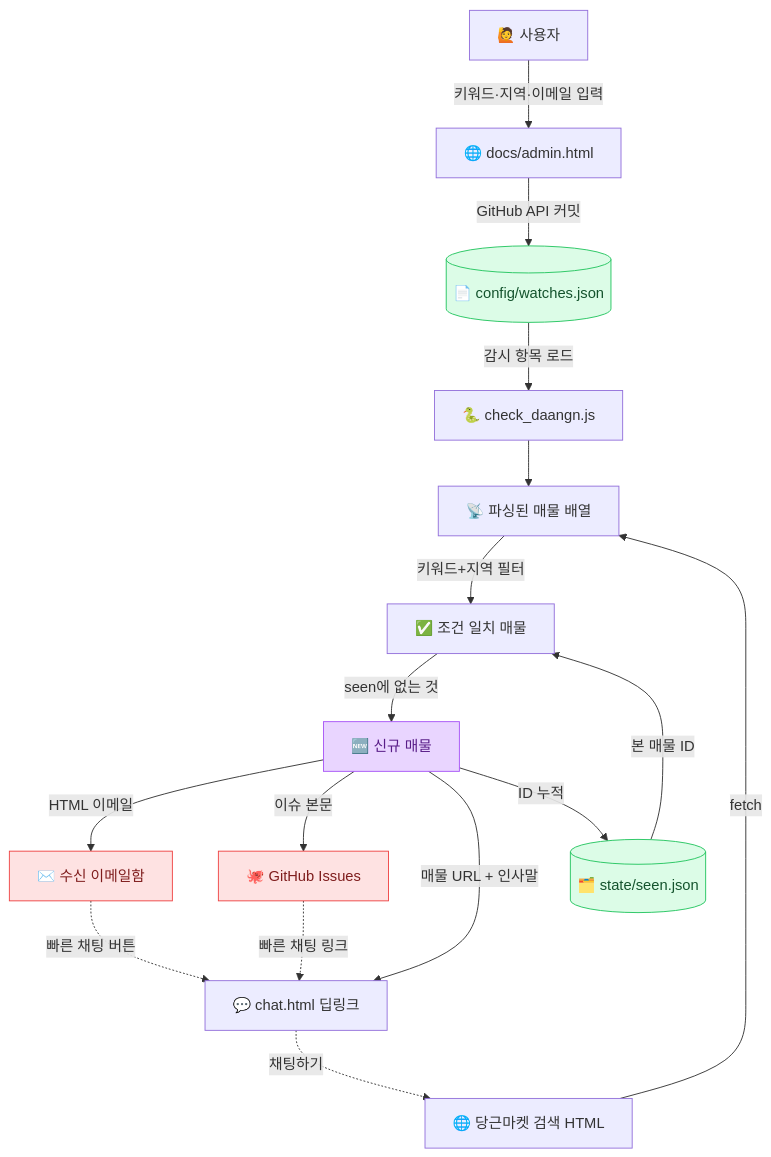
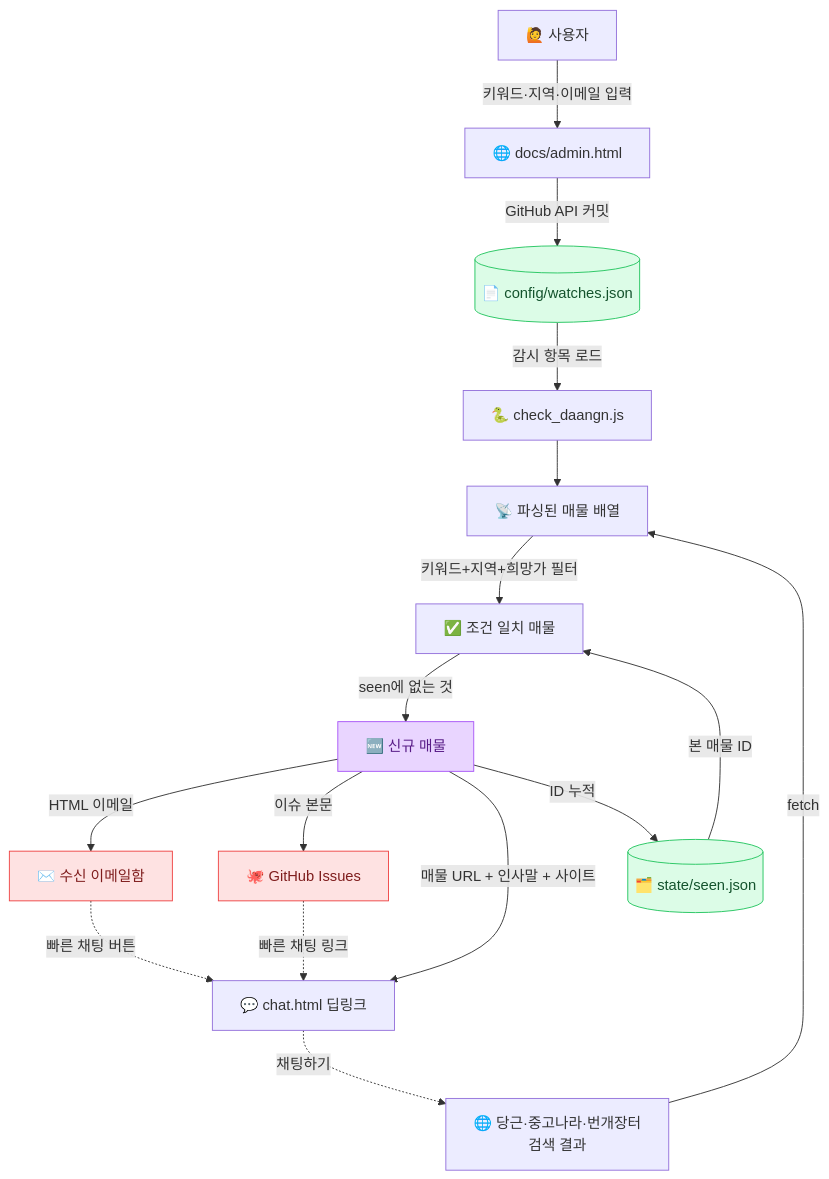
One commit to leemgs/carrot-market changed the third of 3 diagrams in README.md. Above: the diagram before and after it, drawn with Mermaid. The commit also changed other lines of this file, not shown here.

First line of the commit message:
docs: README 최신화 — 다중 사이트·사이트별 테마/라벨·웹 UI·API 캐시 반영

````diff
--- a/README.md
+++ b/README.md
@@ -120,27 +122,27 @@
 ```mermaid
 flowchart TD
     U["🙋 사용자"] -->|키워드·지역·이메일 입력| ADMIN["🌐 docs/admin.html"]
     ADMIN -->|GitHub API 커밋| CFG[("📄 config/watches.json")]
 
     CFG -->|감시 항목 로드| RUN["🐍 check_daangn.js"]
-    DAANGN["🌐 당근마켓 검색 HTML"] -->|fetch| PARSE["📡 파싱된 매물 배열"]
+    SITES["🌐 당근·중고나라·번개장터<br/>검색 결과"] -->|fetch| PARSE["📡 파싱된 매물 배열"]
     RUN --> PARSE
-    PARSE -->|키워드+지역 필터| MATCH["✅ 조건 일치 매물"]
+    PARSE -->|키워드+지역+희망가 필터| MATCH["✅ 조건 일치 매물"]
     SEEN[("🗂️ state/seen.json")] -->|본 매물 ID| MATCH
     MATCH -->|seen에 없는 것| NEW["🆕 신규 매물"]
 
     NEW -->|HTML 이메일| EMAIL["✉️ 수신 이메일함"]
     NEW -->|이슈 본문| ISSUE["🐙 GitHub Issues"]
-    NEW -->|매물 URL + 인사말| CHAT["💬 chat.html 딥링크"]
+    NEW -->|매물 URL + 인사말 + 사이트| CHAT["💬 chat.html 딥링크"]
     NEW -->|ID 누적| SEEN
 
     EMAIL -.->|빠른 채팅 버튼| CHAT
     ISSUE -.->|빠른 채팅 링크| CHAT
-    CHAT -.->|채팅하기| DAANGN
+    CHAT -.->|채팅하기| SITES
 
     style CFG fill:#dcfce7,stroke:#22c55e,color:#14532d
     style SEEN fill:#dcfce7,stroke:#22c55e,color:#14532d
     style NEW fill:#e9d5ff,stroke:#a855f7,color:#581c87
     style EMAIL fill:#fee2e2,stroke:#ef4444,color:#7f1d1d
     style ISSUE fill:#fee2e2,stroke:#ef4444,color:#7f1d1d
 ```
````
